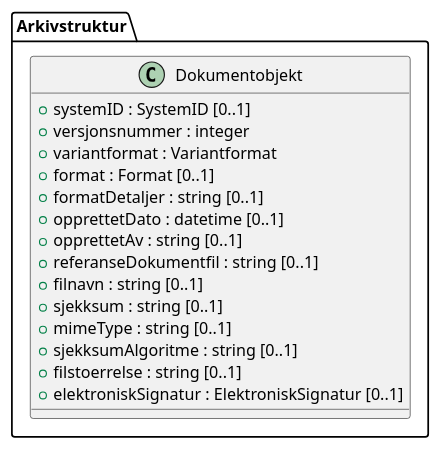
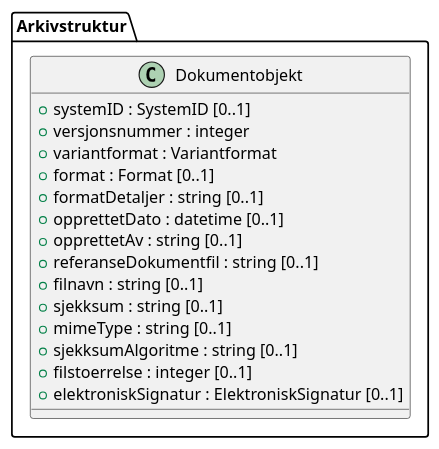
Before and after one commit to arkivverket/noark5-tjenestegrensesnitt-standard: the diagram in kapitler/media/uml-class-dokumentobjekt.iuml, drawn with PlantUML.

Commit message:
Updated UML include for dokumentobjekt with new integer type for filstoerrelse.

```diff
--- a/kapitler/media/uml-class-dokumentobjekt.iuml
+++ b/kapitler/media/uml-class-dokumentobjekt.iuml
@@ -1,18 +1,18 @@
 @startuml
 class Arkivstruktur.Dokumentobjekt {
   +systemID : SystemID [0..1]
   +versjonsnummer : integer
   +variantformat : Variantformat
   +format : Format [0..1]
   +formatDetaljer : string [0..1]
   +opprettetDato : datetime [0..1]
   +opprettetAv : string [0..1]
   +referanseDokumentfil : string [0..1]
   +filnavn : string [0..1]
   +sjekksum : string [0..1]
   +mimeType : string [0..1]
   +sjekksumAlgoritme : string [0..1]
-  +filstoerrelse : string [0..1]
+  +filstoerrelse : integer [0..1]
   +elektroniskSignatur : ElektroniskSignatur [0..1]
 }
 @enduml
```
